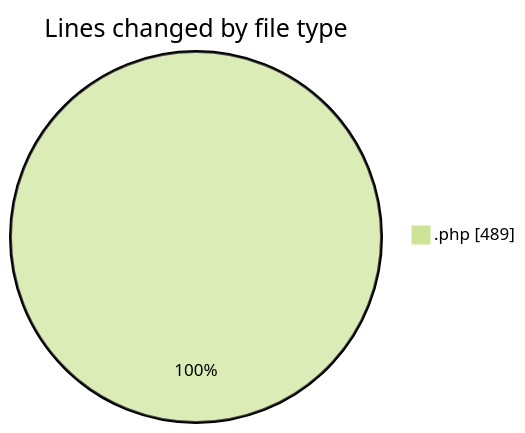
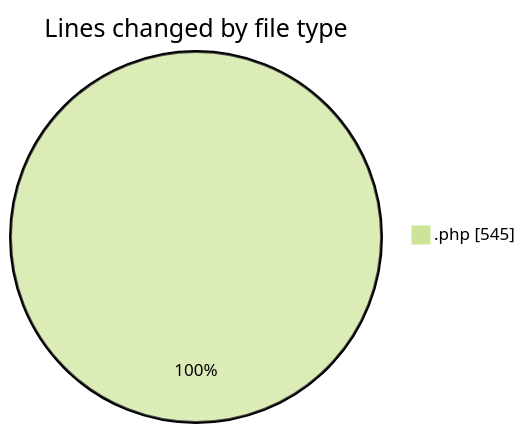
The first of 2 diagrams in 2025-07-02/web/README.md (LanceThiago/code-tracking), drawn with Mermaid (forest theme) before and after one commit. The commit also changed other lines of this file and 1 other file, not shown here.

````diff
--- a/2025-07-02/web/README.md
+++ b/2025-07-02/web/README.md
@@ -20,5 +20,5 @@
 ```mermaid
 pie showData
 title Lines changed by file type
-".php" : 489
+".php" : 545
 ```
````
